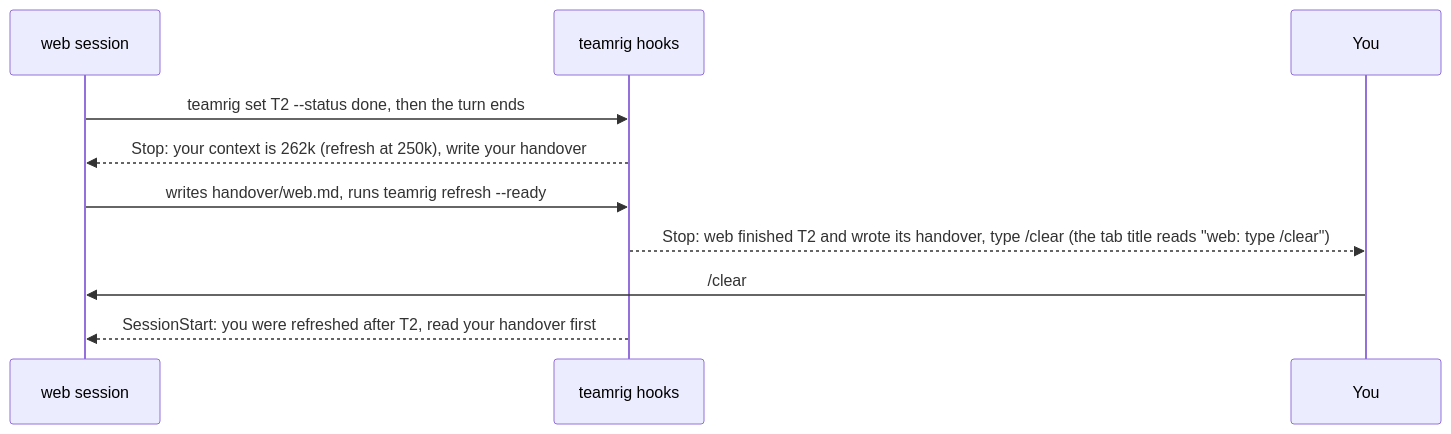
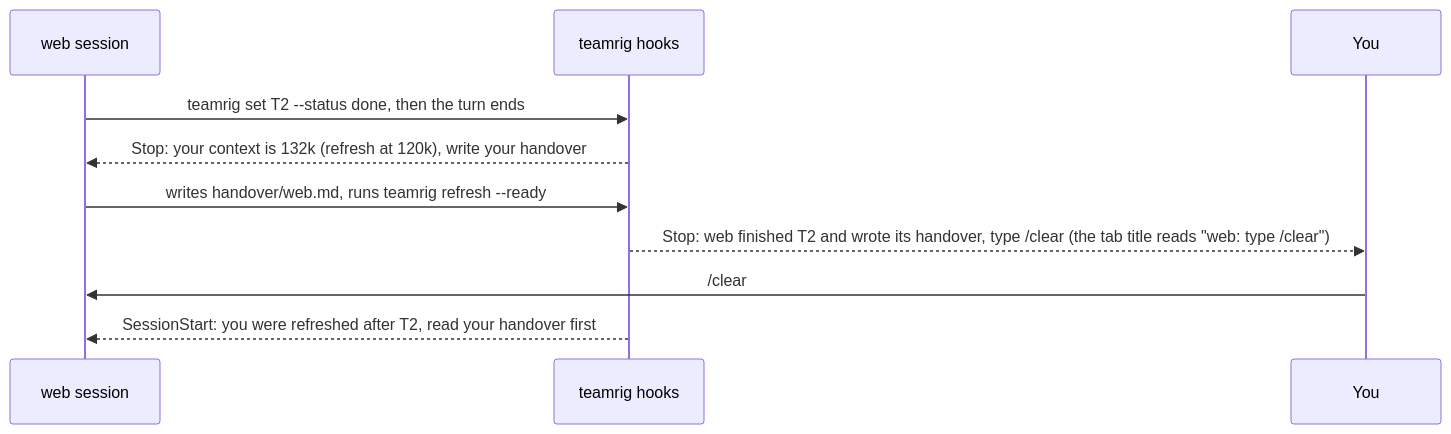
Before and after one commit to GeneralA6/teamrig: the sixth of 9 diagrams in docs/how-it-works.md, drawn with Mermaid. The commit also changed other lines of this file and 4 other files, not shown here.

````diff
--- a/docs/how-it-works.md
+++ b/docs/how-it-works.md
@@ -282,12 +282,12 @@
 ```mermaid
 sequenceDiagram
   participant W as web session
   participant H as teamrig hooks
   participant Y as You
   W->>H: teamrig set T2 --status done, then the turn ends
-  H-->>W: Stop: your context is 262k (refresh at 250k), write your handover
+  H-->>W: Stop: your context is 132k (refresh at 120k), write your handover
   W->>H: writes handover/web.md, runs teamrig refresh --ready
   H-->>Y: Stop: web finished T2 and wrote its handover, type /clear (the tab title reads "web: type /clear")
   Y->>W: /clear
   H-->>W: SessionStart: you were refreshed after T2, read your handover first
 ```
````
